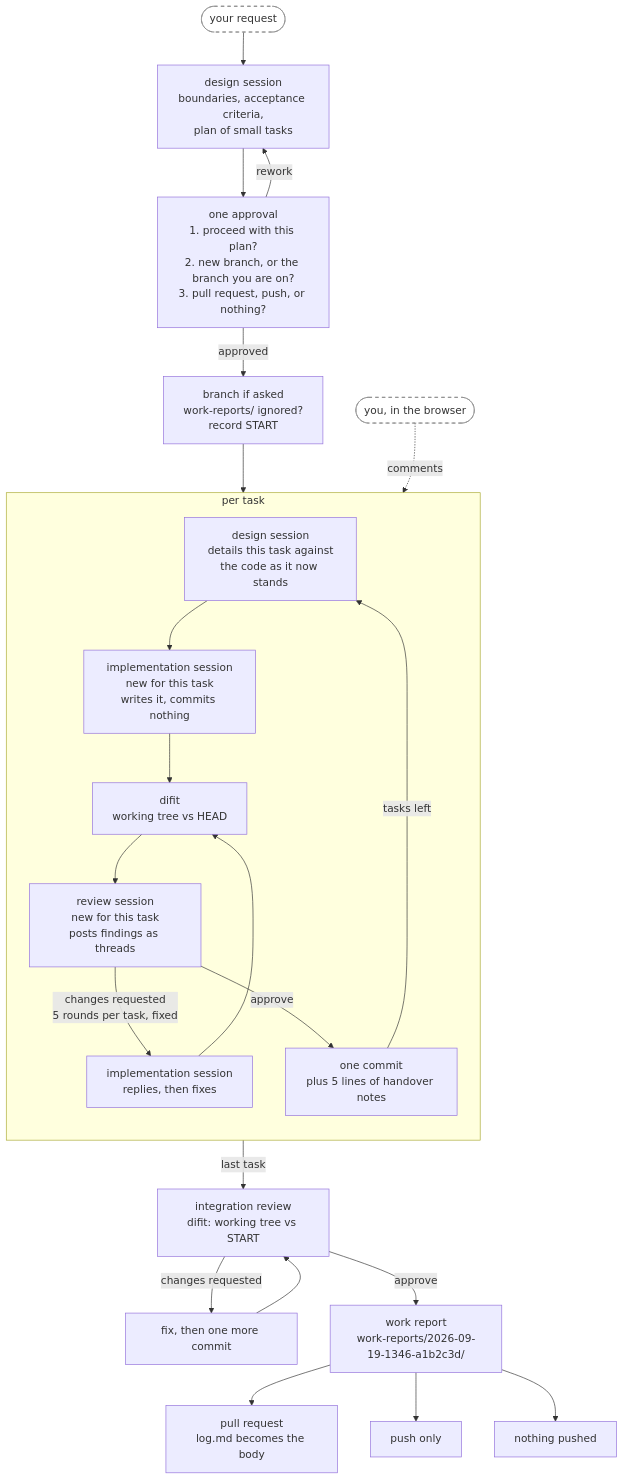
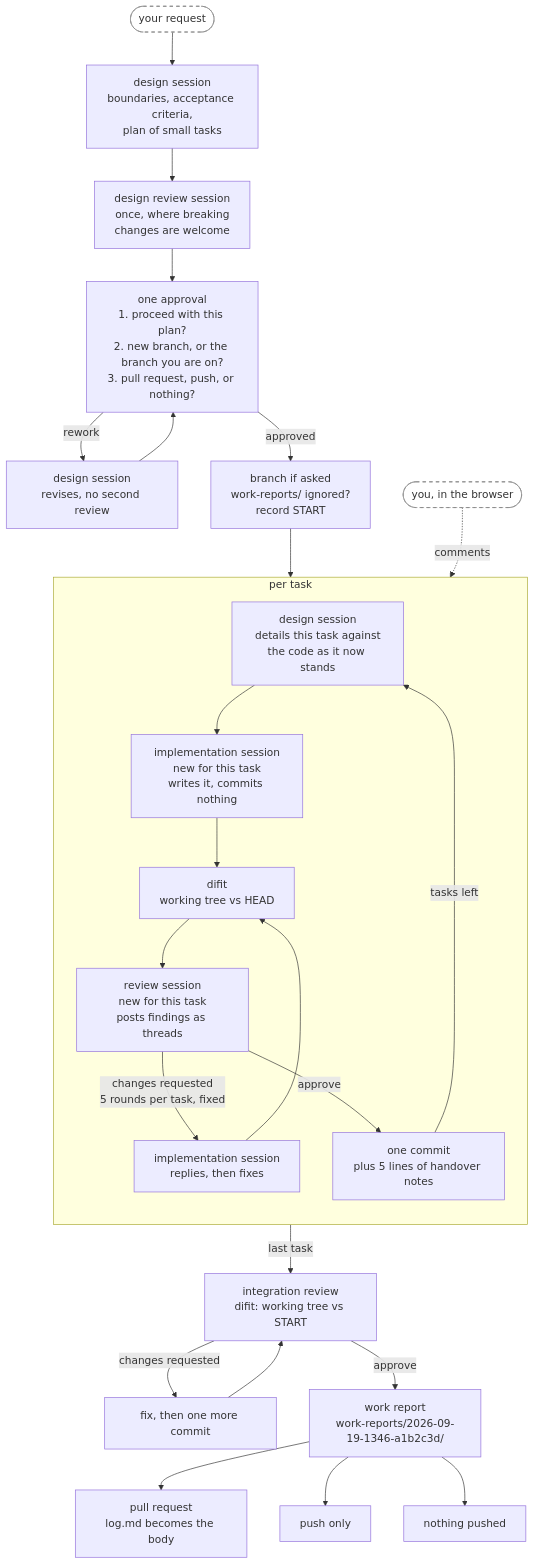
The first of 2 diagrams in plugins/annetaan/README.md (annetaan/claude-plugins), drawn with Mermaid before and after one commit. The commit also changed other lines of this file and 7 other files, not shown here.

First line of the commit message:
feat: add a design review before approval to the workflow skill (#5)

````diff
--- a/plugins/annetaan/README.md
+++ b/plugins/annetaan/README.md
@@ -33,36 +34,36 @@
 ```mermaid
 flowchart TD
     req(["your request"]) --> design["design session<br/>boundaries, acceptance criteria,<br/>plan of small tasks"]
-    design --> ask["one approval<br/>1. proceed with this plan?<br/>2. new branch, or the branch you are on?<br/>3. pull request, push, or nothing?"]
-    ask -->|rework| design
+    design --> dreview["design review session<br/>once, where breaking<br/>changes are welcome"] --> ask["one approval<br/>1. proceed with this plan?<br/>2. new branch, or the branch you are on?<br/>3. pull request, push, or nothing?"]
+    ask -->|rework| redo["design session<br/>revises, no second review"] --> ask
     ask -->|approved| setup["branch if asked<br/>work-reports/ ignored?<br/>record START"]
     setup --> detail
 
     subgraph task["per task"]
         direction TB
         detail["design session<br/>details this task against<br/>the code as it now stands"]
         impl["implementation session<br/>new for this task<br/>writes it, commits nothing"]
         difit["difit<br/>working tree vs HEAD"]
         review["review session<br/>new for this task<br/>posts findings as threads"]
         respond["implementation session<br/>replies, then fixes"]
         commit["one commit<br/>plus 5 lines of handover notes"]
         detail --> impl --> difit --> review
         review -->|"changes requested<br/>5 rounds per task, fixed"| respond
         respond --> difit
         review -->|approve| commit
         commit -->|tasks left| detail
     end
 
     commit -->|last task| integ["integration review<br/>difit: working tree vs START"]
     integ -->|changes requested| integfix["fix, then one more commit"]
     integfix --> integ
     integ -->|approve| report["work report<br/>work-reports/2026-09-19-1346-a1b2c3d/"]
     report --> pr["pull request<br/>log.md becomes the body"]
     report --> push["push only"]
     report --> local["nothing pushed"]
 
     you(["you, in the browser"]) -.->|comments| difit
 
     classDef human fill:#fff,stroke:#888,stroke-dasharray: 5 5
     class req,you human
 ```
````
